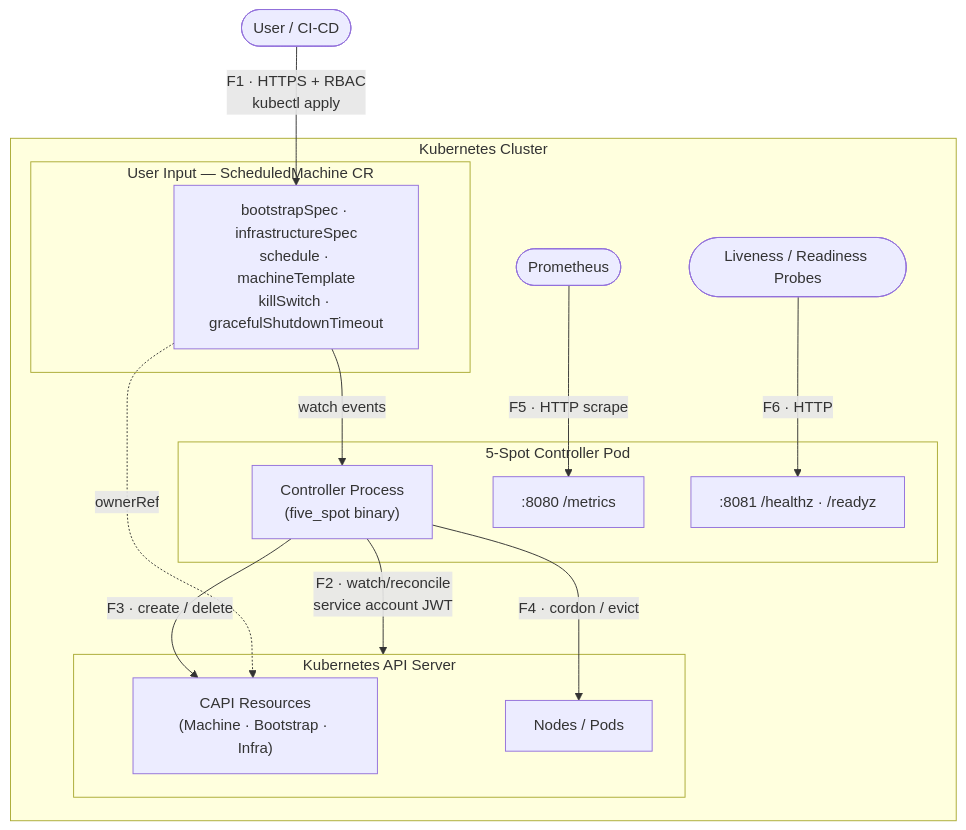
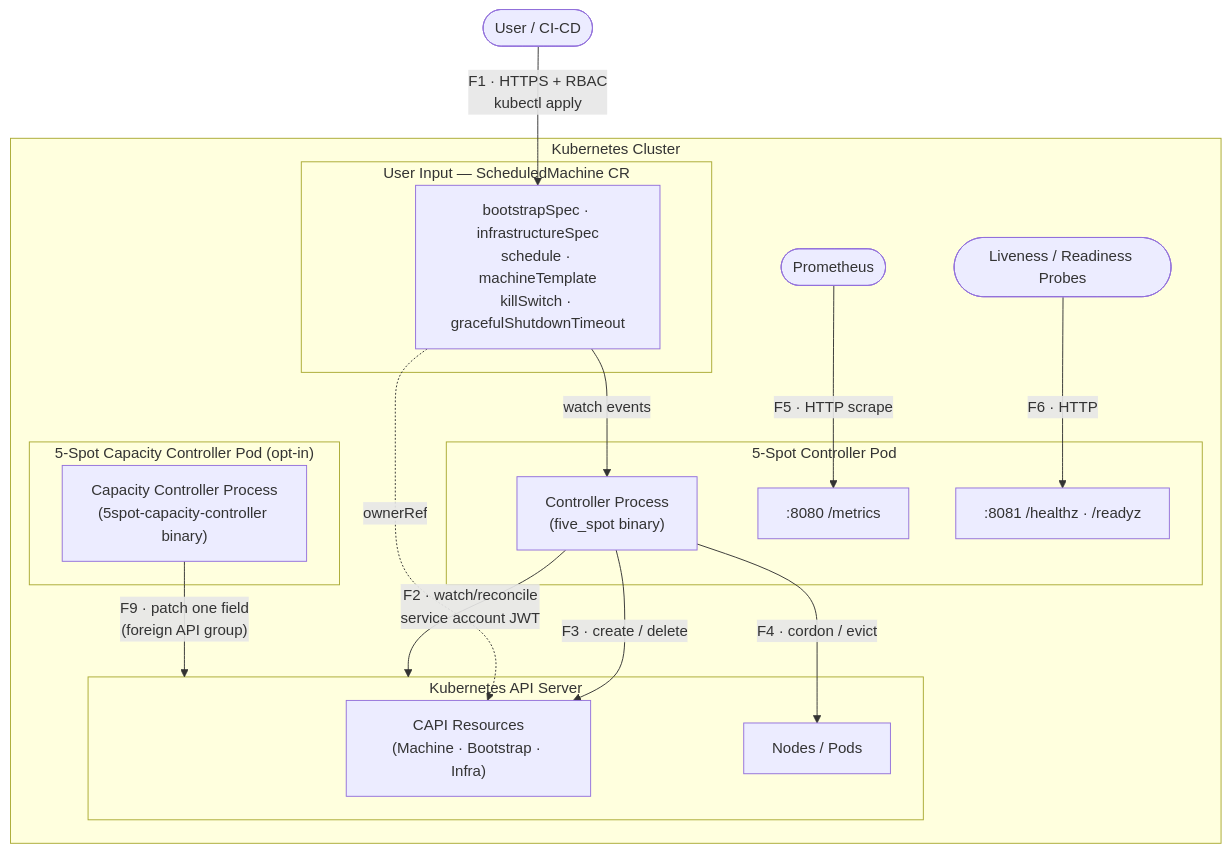
Before and after one commit to finos/5-spot: the first of 2 diagrams in docs/src/security/threat-model.md, drawn with Mermaid. The commit also changed other lines of this file and 9 other files, not shown here.

````diff
--- a/docs/src/security/threat-model.md
+++ b/docs/src/security/threat-model.md
@@ -37,33 +45,38 @@
 ```mermaid
 flowchart TB
     User(["User / CI-CD"])
 
     subgraph cluster["Kubernetes Cluster"]
+        subgraph capctrl["5-Spot Capacity Controller Pod (opt-in)"]
+            CC["Capacity Controller Process\n(5spot-capacity-controller binary)"]
+        end
+
         subgraph ctrl["5-Spot Controller Pod"]
             C["Controller Process\n(five_spot binary)"]
             M[":8080 /metrics"]
             H[":8081 /healthz · /readyz"]
         end
 
         subgraph input["User Input — ScheduledMachine CR"]
             SM["bootstrapSpec · infrastructureSpec\nschedule · machineTemplate\nkillSwitch · gracefulShutdownTimeout"]
         end
 
         subgraph api["Kubernetes API Server"]
             CAPI["CAPI Resources\n(Machine · Bootstrap · Infra)"]
             NP["Nodes / Pods"]
         end
 
         Prom(["Prometheus"])
         Probes(["Liveness / Readiness Probes"])
     end
 
     User -->|"F1 · HTTPS + RBAC\nkubectl apply"| SM
     SM -->|watch events| C
     C -->|"F2 · watch/reconcile\nservice account JWT"| api
     C -->|"F3 · create / delete"| CAPI
     C -->|"F4 · cordon / evict"| NP
     SM -.->|ownerRef| CAPI
+    CC -->|"F9 · patch one field\n(foreign API group)"| api
     Prom -->|"F5 · HTTP scrape"| M
     Probes -->|"F6 · HTTP"| H
 ```
````
